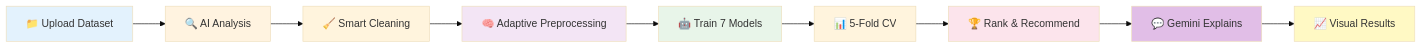
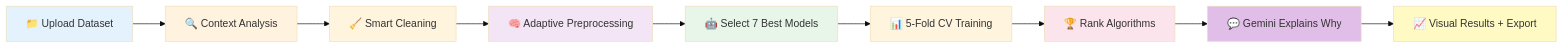
One commit to sengobasar/Algorithm-name-recommender changed the second of 2 diagrams in README.md. Above: the diagram before and after it, drawn with Mermaid (base theme). The commit also changed other lines of this file, not shown here.

````diff
--- a/README.md
+++ b/README.md
@@ -188,19 +325,19 @@
 ```mermaid
 graph LR
-    A[📁 Upload Dataset] --> B[🔍 AI Analysis]
+    A[📁 Upload Dataset] --> B[🔍 Context Analysis]
     B --> C[🧹 Smart Cleaning]
     C --> D[🧠 Adaptive Preprocessing]
-    D --> E[🤖 Train 7 Models]
-    E --> F[📊 5-Fold CV]
-    F --> G[🏆 Rank & Recommend]
-    G --> H[💬 Gemini Explains]
-    H --> I[📈 Visual Results]
+    D --> E[🤖 Select 7 Best Models]
+    E --> F[📊 5-Fold CV Training]
+    F --> G[🏆 Rank Algorithms]
+    G --> H[💬 Gemini Explains Why]
+    H --> I[📈 Visual Results + Export]
     
     style A fill:#e3f2fd
     style B fill:#fff3e0
     style D fill:#f3e5f5
     style E fill:#e8f5e9
     style G fill:#fce4ec
     style H fill:#e1bee7
     style I fill:#fff9c4
 ```
````
